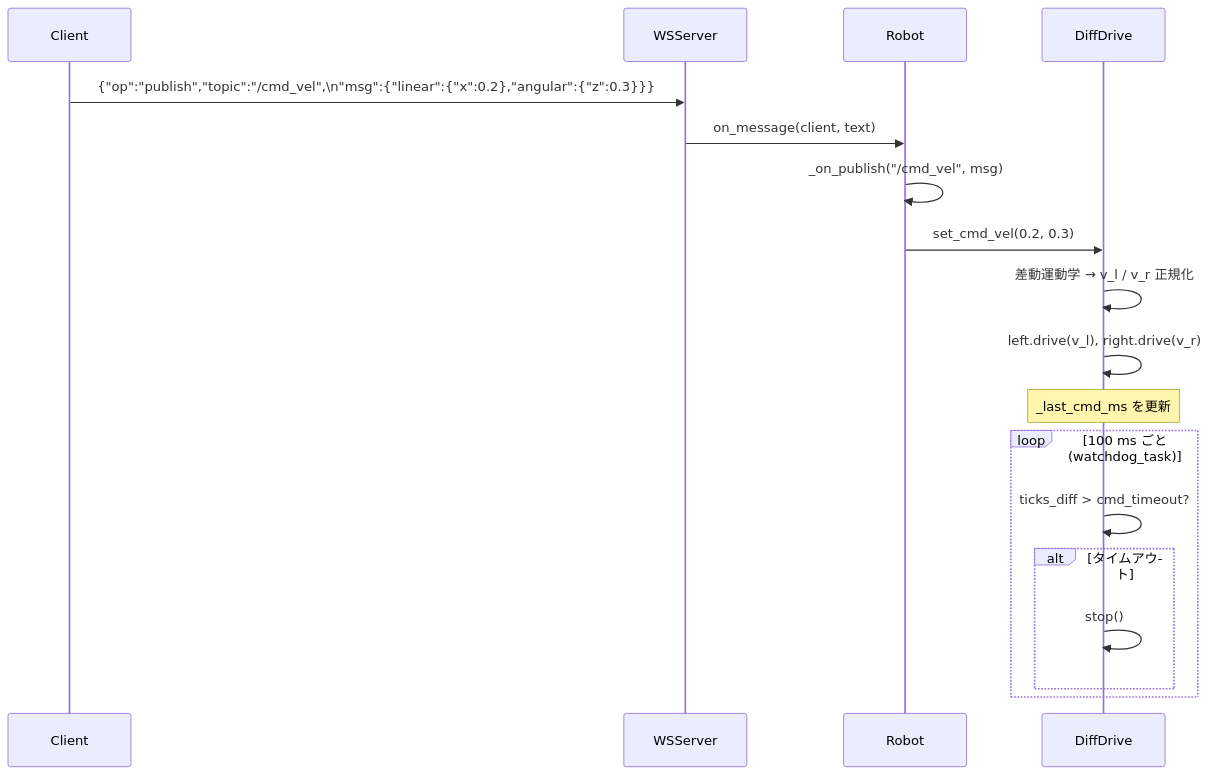
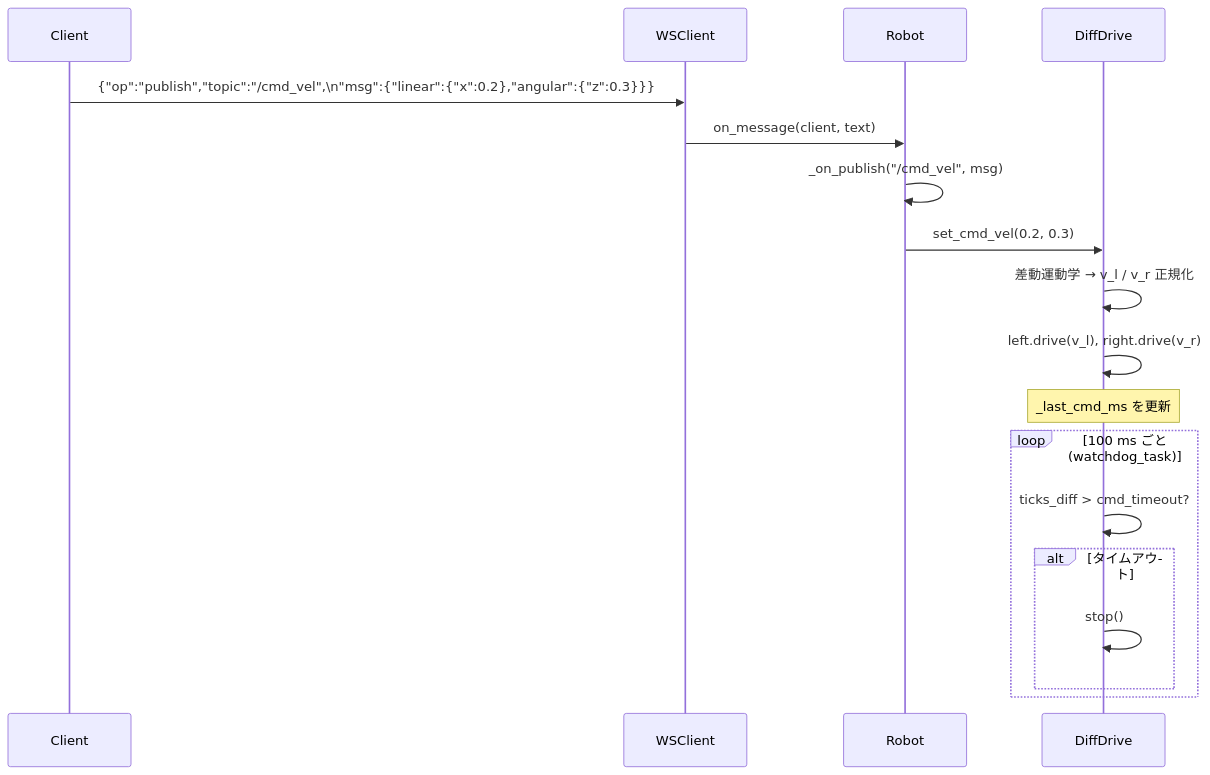
Before and after one commit to smabo-smartphone-robot/smabo-smartphone-robot.github.io: the fourth of 14 diagrams in docs/architecture/design.md, drawn with Mermaid. The commit also changed other lines of this file and 5 other files, not shown here.

````diff
--- a/docs/architecture/design.md
+++ b/docs/architecture/design.md
@@ -260,22 +278,22 @@
 ```mermaid
 sequenceDiagram
     participant Client
-    participant WSServer
+    participant WSClient
     participant Robot
     participant DiffDrive
 
-    Client->>WSServer: {"op":"publish","topic":"/cmd_vel",\n"msg":{"linear":{"x":0.2},"angular":{"z":0.3}}}
-    WSServer->>Robot: on_message(client, text)
+    Client->>WSClient: {"op":"publish","topic":"/cmd_vel",\n"msg":{"linear":{"x":0.2},"angular":{"z":0.3}}}
+    WSClient->>Robot: on_message(client, text)
     Robot->>Robot: _on_publish("/cmd_vel", msg)
     Robot->>DiffDrive: set_cmd_vel(0.2, 0.3)
     DiffDrive->>DiffDrive: 差動運動学 → v_l / v_r 正規化
     DiffDrive->>DiffDrive: left.drive(v_l),  right.drive(v_r)
     Note over DiffDrive: _last_cmd_ms を更新
 
     loop 100 ms ごと (watchdog_task)
         DiffDrive->>DiffDrive: ticks_diff > cmd_timeout?
         alt タイムアウト
             DiffDrive->>DiffDrive: stop()
         end
     end
 ```
````
